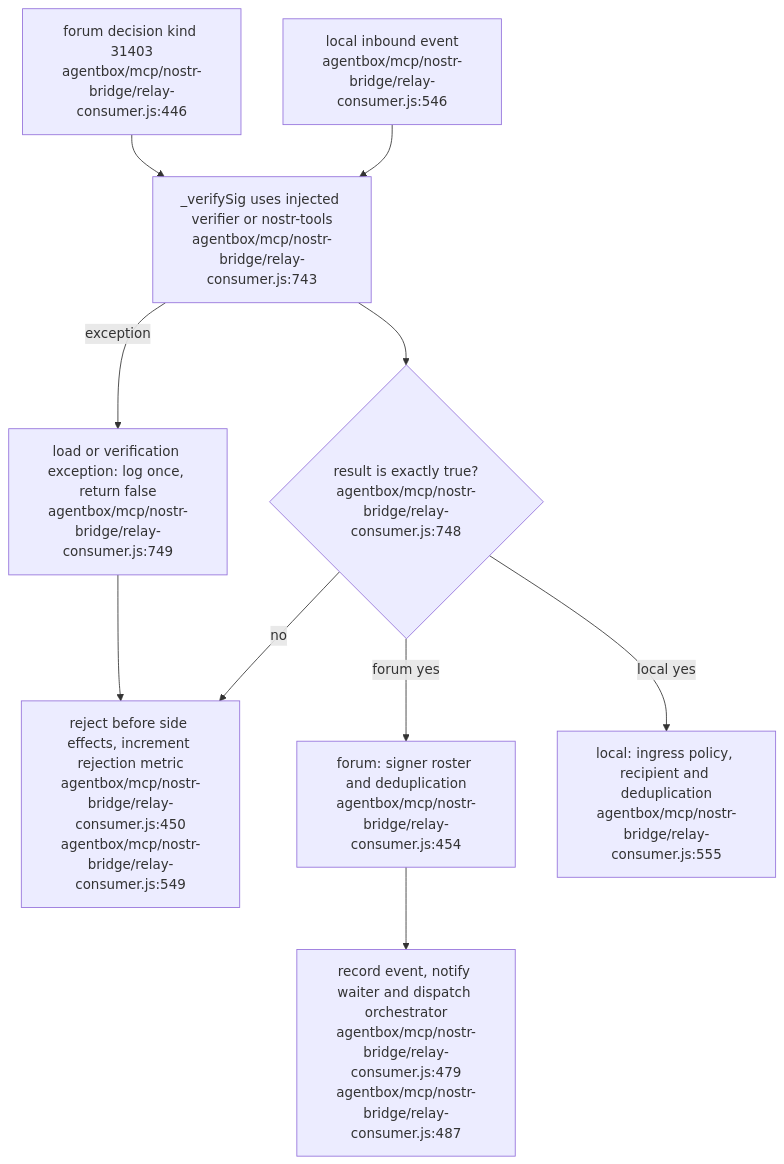
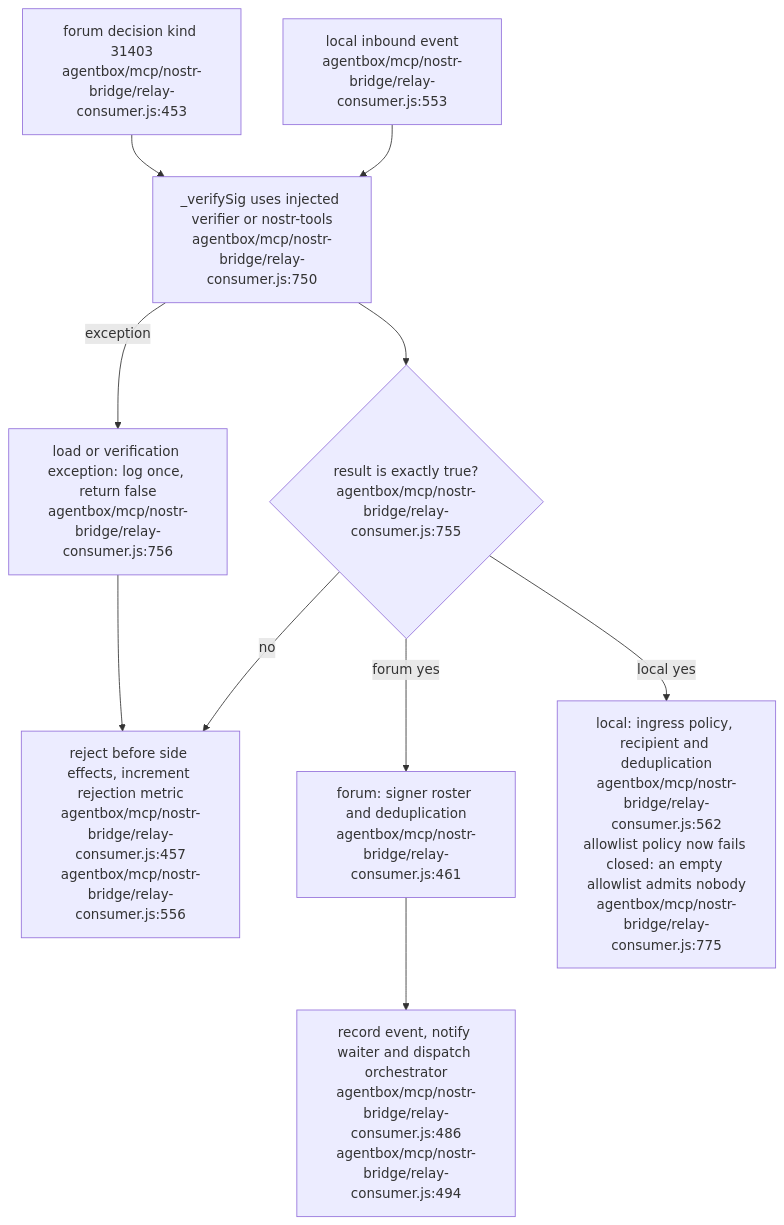
The diagram in docs/diagrams/agentbox/40-relay-signature-rejection.md (DreamLab-AI/VisionFlow), drawn with Mermaid before and after one commit. The commit also changed other lines of this file and 7 other files, not shown here.

First line of the commit message:
diagrams(agentbox): re-verify AB-36..AB-43 at agentbox 59b1aca

````diff
--- a/docs/diagrams/agentbox/40-relay-signature-rejection.md
+++ b/docs/diagrams/agentbox/40-relay-signature-rejection.md
@@ -24,19 +24,19 @@
 ```mermaid
 flowchart TD
-    FORUM["forum decision kind 31403<br/>agentbox/mcp/nostr-bridge/relay-consumer.js:446"]
-    INBOUND["local inbound event<br/>agentbox/mcp/nostr-bridge/relay-consumer.js:546"]
-    VERIFY["_verifySig uses injected verifier or nostr-tools<br/>agentbox/mcp/nostr-bridge/relay-consumer.js:743"]
-    EXACT{"result is exactly true?<br/>agentbox/mcp/nostr-bridge/relay-consumer.js:748"}
-    ERROR["load or verification exception: log once, return false<br/>agentbox/mcp/nostr-bridge/relay-consumer.js:749"]
-    REJECT["reject before side effects, increment rejection metric<br/>agentbox/mcp/nostr-bridge/relay-consumer.js:450<br/>agentbox/mcp/nostr-bridge/relay-consumer.js:549"]
-    AUTH["forum: signer roster and deduplication<br/>agentbox/mcp/nostr-bridge/relay-consumer.js:454"]
-    EFFECT["record event, notify waiter and dispatch orchestrator<br/>agentbox/mcp/nostr-bridge/relay-consumer.js:479<br/>agentbox/mcp/nostr-bridge/relay-consumer.js:487"]
-    LOCAL["local: ingress policy, recipient and deduplication<br/>agentbox/mcp/nostr-bridge/relay-consumer.js:555"]
+    FORUM["forum decision kind 31403<br/>agentbox/mcp/nostr-bridge/relay-consumer.js:453"]
+    INBOUND["local inbound event<br/>agentbox/mcp/nostr-bridge/relay-consumer.js:553"]
+    VERIFY["_verifySig uses injected verifier or nostr-tools<br/>agentbox/mcp/nostr-bridge/relay-consumer.js:750"]
+    EXACT{"result is exactly true?<br/>agentbox/mcp/nostr-bridge/relay-consumer.js:755"}
+    ERROR["load or verification exception: log once, return false<br/>agentbox/mcp/nostr-bridge/relay-consumer.js:756"]
+    REJECT["reject before side effects, increment rejection metric<br/>agentbox/mcp/nostr-bridge/relay-consumer.js:457<br/>agentbox/mcp/nostr-bridge/relay-consumer.js:556"]
+    AUTH["forum: signer roster and deduplication<br/>agentbox/mcp/nostr-bridge/relay-consumer.js:461"]
+    EFFECT["record event, notify waiter and dispatch orchestrator<br/>agentbox/mcp/nostr-bridge/relay-consumer.js:486<br/>agentbox/mcp/nostr-bridge/relay-consumer.js:494"]
+    LOCAL["local: ingress policy, recipient and deduplication<br/>agentbox/mcp/nostr-bridge/relay-consumer.js:562<br/>allowlist policy now fails closed: an empty allowlist admits nobody<br/>agentbox/mcp/nostr-bridge/relay-consumer.js:775"]
     FORUM --> VERIFY
     INBOUND --> VERIFY
     VERIFY --> EXACT
     VERIFY -- exception --> ERROR --> REJECT
     EXACT -- no --> REJECT
     EXACT -- forum yes --> AUTH --> EFFECT
     EXACT -- local yes --> LOCAL
 ```
````
